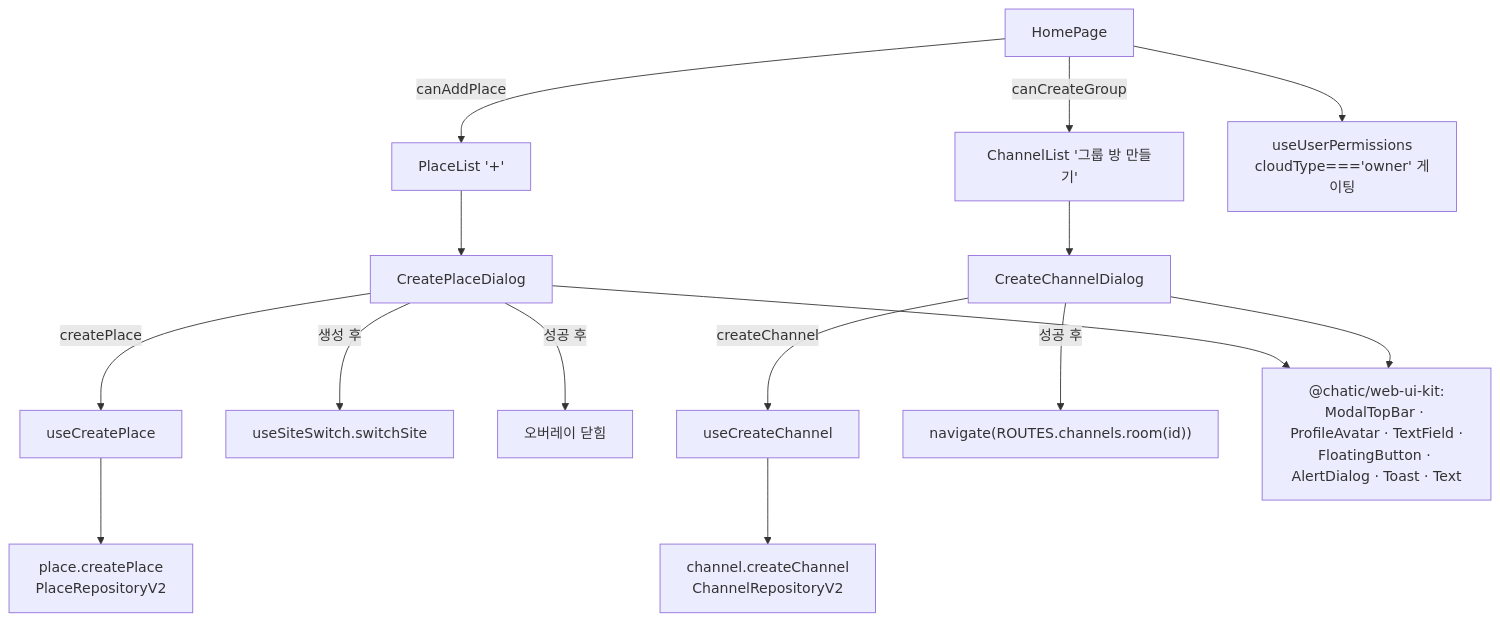
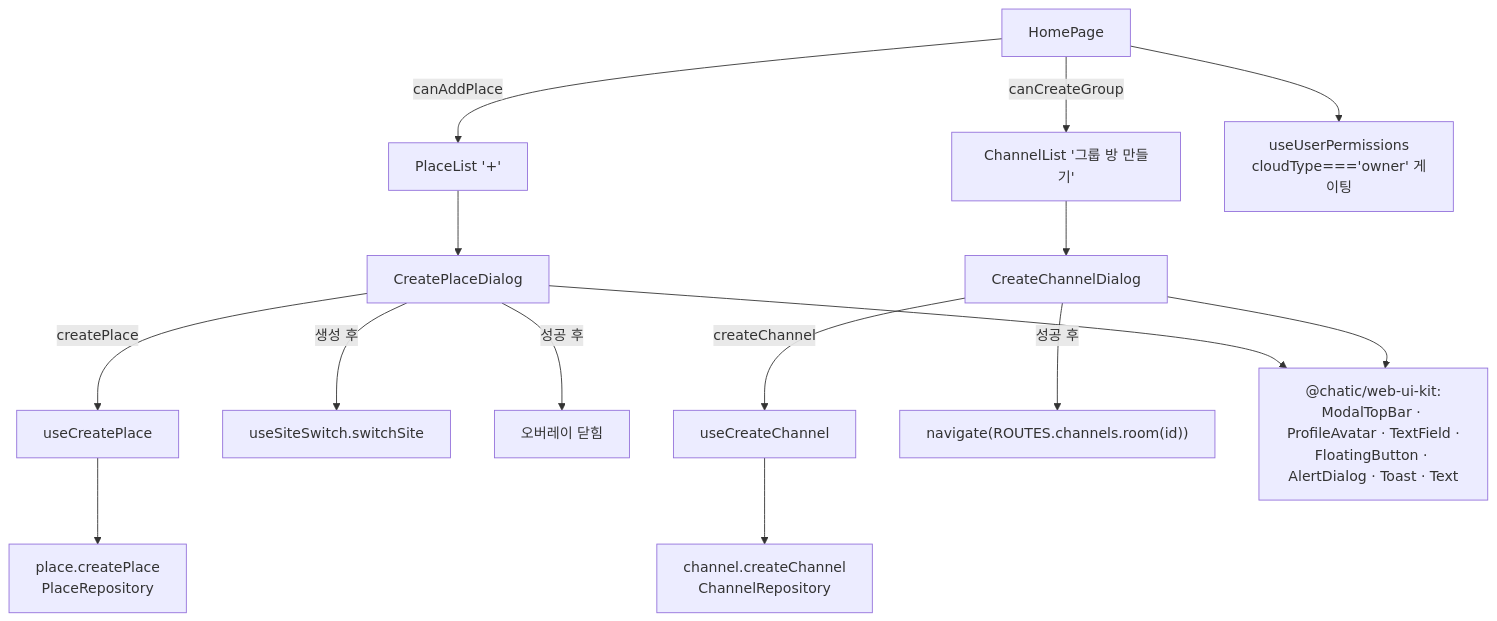
One commit to lemoncloud-io/dou-app changed the first of 2 diagrams in apps/web/docs/feature/home/place-channel-create.md. Above: the diagram before and after it, drawn with Mermaid. The commit also changed other lines of this file and 86 other files, not shown here.

````diff
--- a/apps/web/docs/feature/home/place-channel-create.md
+++ b/apps/web/docs/feature/home/place-channel-create.md
@@ -97,20 +97,20 @@
 ```mermaid
 flowchart TD
     HP[HomePage] -->|canAddPlace| PL[PlaceList '+']
     HP -->|canCreateGroup| CL[ChannelList '그룹 방 만들기']
     PL --> PD[CreatePlaceDialog]
     CL --> CD[CreateChannelDialog]
 
     PD -->|createPlace| HPP[useCreatePlace]
-    HPP --> PR[place.createPlace<br/>PlaceRepositoryV2]
+    HPP --> PR[place.createPlace<br/>PlaceRepository]
     PD -->|생성 후| SW[useSiteSwitch.switchSite]
     PD -->|성공 후| CLOSE[오버레이 닫힘]
 
     CD -->|createChannel| HCC[useCreateChannel]
-    HCC --> CR[channel.createChannel<br/>ChannelRepositoryV2]
+    HCC --> CR[channel.createChannel<br/>ChannelRepository]
     CD -->|성공 후| NAV["navigate(ROUTES.channels.room(id))"]
 
     PD --> UIK["@chatic/web-ui-kit:<br/>ModalTopBar · ProfileAvatar · TextField ·<br/>FloatingButton · AlertDialog · Toast · Text"]
     CD --> UIK
     HP --> PERM[useUserPermissions<br/>cloudType==='owner' 게이팅]
 ```
````
